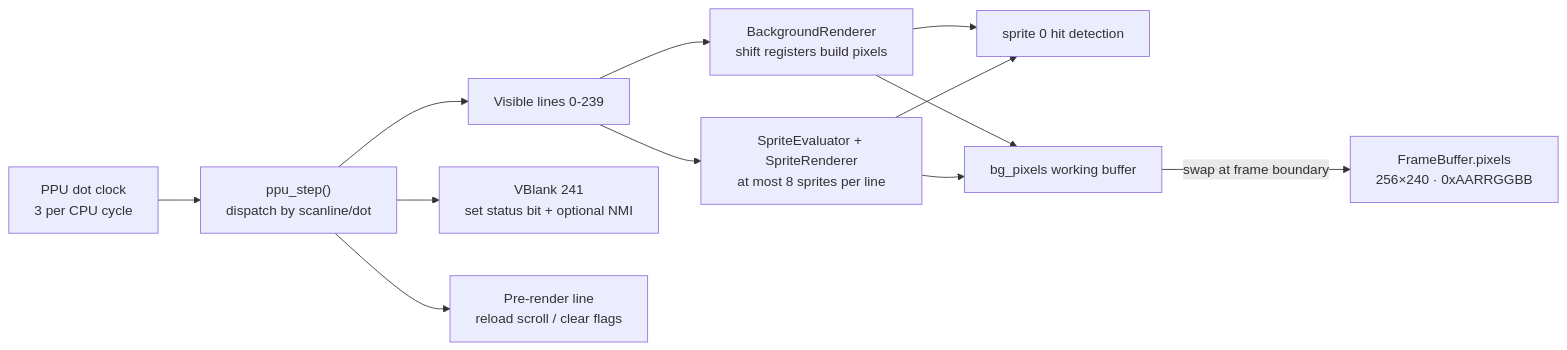
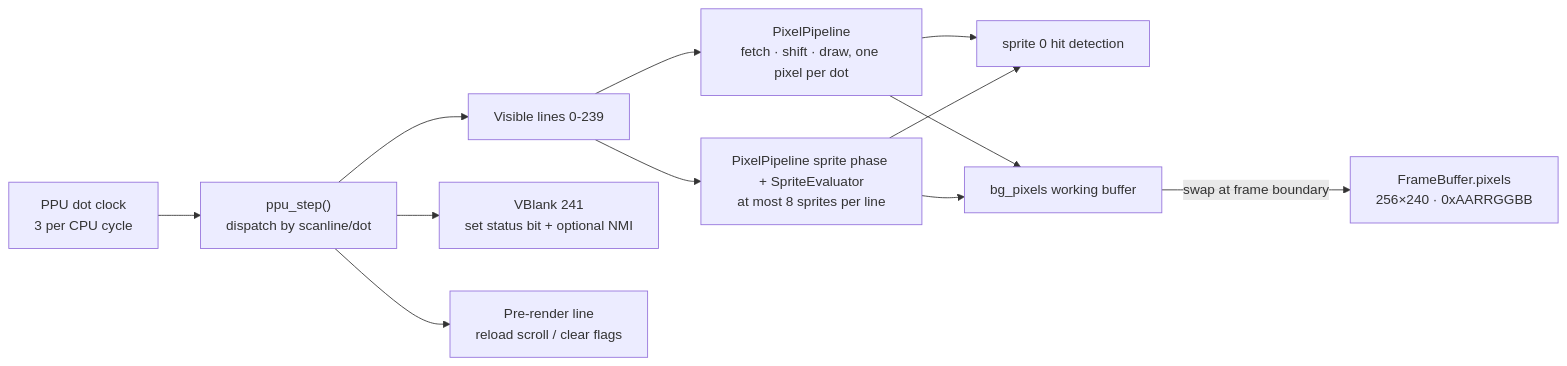
One commit to YufJi/nes-emulator changed the fifth of 13 diagrams in docs/architecture.md. Above: the diagram before and after it, drawn with Mermaid. The commit also changed other lines of this file and 8 other files, not shown here.

````diff
--- a/docs/architecture.md
+++ b/docs/architecture.md
@@ -368,15 +368,15 @@
 ```mermaid
 flowchart LR
     Dot["PPU dot clock<br/>3 per CPU cycle"] --> Step["ppu_step()<br/>dispatch by scanline/dot"]
     Step --> Visible["Visible lines 0-239"]
     Step --> Vblank["VBlank 241<br/>set status bit + optional NMI"]
     Step --> Pre["Pre-render line<br/>reload scroll / clear flags"]
 
-    Visible --> BG["BackgroundRenderer<br/>shift registers build pixels"]
-    Visible --> Sprites["SpriteEvaluator + SpriteRenderer<br/>at most 8 sprites per line"]
+    Visible --> BG["PixelPipeline<br/>fetch · shift · draw, one pixel per dot"]
+    Visible --> Sprites["PixelPipeline sprite phase + SpriteEvaluator<br/>at most 8 sprites per line"]
     BG --> Hit["sprite 0 hit detection"]
     Sprites --> Hit
     BG --> Buf["bg_pixels working buffer"]
     Sprites --> Buf
     Buf -->|swap at frame boundary| Fb["FrameBuffer.pixels<br/>256×240 · 0xAARRGGBB"]
 ```
````
